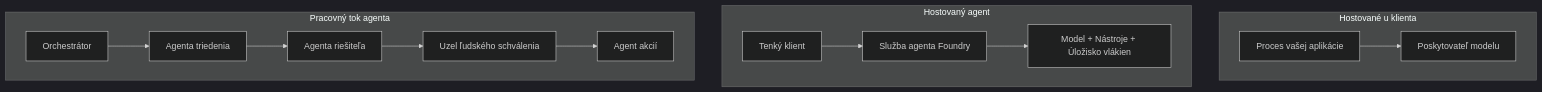
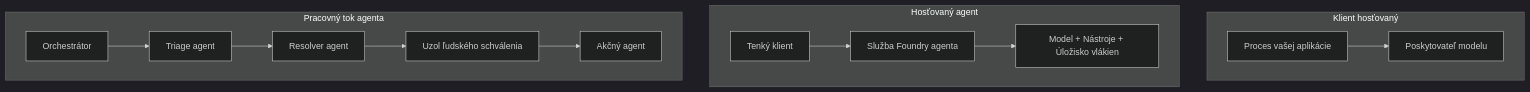
One commit to gabrielmoreira/agent-skills-mirror changed the first of 4 diagrams in mirrors/repos/microsoft@ai-agents-for-beginners/translations/sk/16-deploying-scalable-agents/README.md. Above: the diagram before and after it, drawn with Mermaid (dark theme). The commit also changed other lines of this file and 3581 other files, not shown here.

````diff
--- a/mirrors/repos/microsoft@ai-agents-for-beginners/translations/sk/16-deploying-scalable-agents/README.md
+++ b/mirrors/repos/microsoft@ai-agents-for-beginners/translations/sk/16-deploying-scalable-agents/README.md
@@ -87,16 +87,16 @@
 ```mermaid
 flowchart TB
-    subgraph P1[Hostované u klienta]
+    subgraph P1[Klient hosťovaný]
         A1[Proces vašej aplikácie] --> M1[Poskytovateľ modelu]
     end
-    subgraph P2[Hostovaný agent]
-        A2[Tenký klient] --> F2[Služba agenta Foundry]
+    subgraph P2[Hosťovaný agent]
+        A2[Tenký klient] --> F2[Služba Foundry agenta]
         F2 --> M2[Model + Nástroje + Úložisko vlákien]
     end
     subgraph P3[Pracovný tok agenta]
-        A3[Orchestrátor] --> S1[Agenta triedenia]
-        S1 --> S2[Agenta riešiteľa]
-        S2 --> H[Uzel ľudského schválenia]
-        H --> S3[Agent akcií]
+        A3[Orchestrátor] --> S1[Triage agent]
+        S1 --> S2[Resolver agent]
+        S2 --> H[Uzol ľudského schválenia]
+        H --> S3[Akčný agent]
     end
 ```
````
